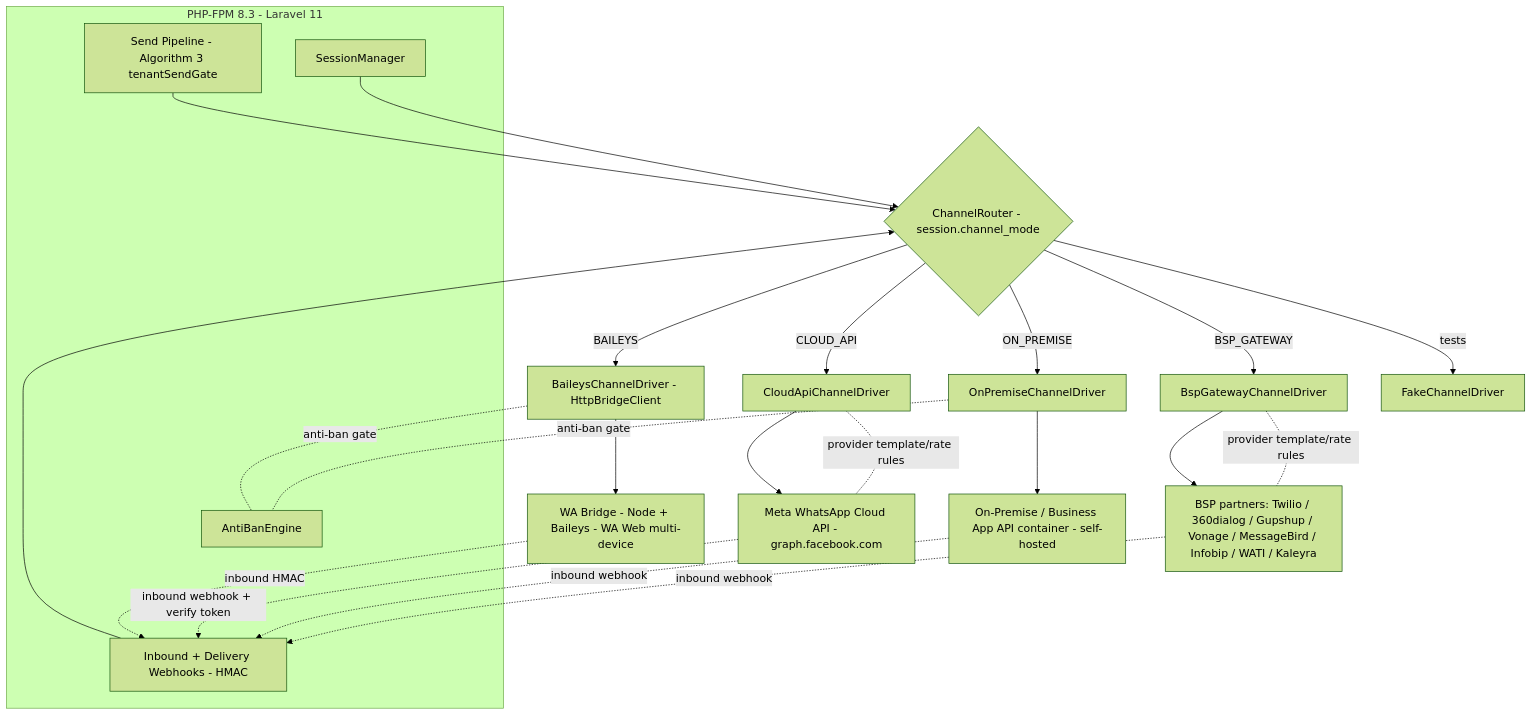
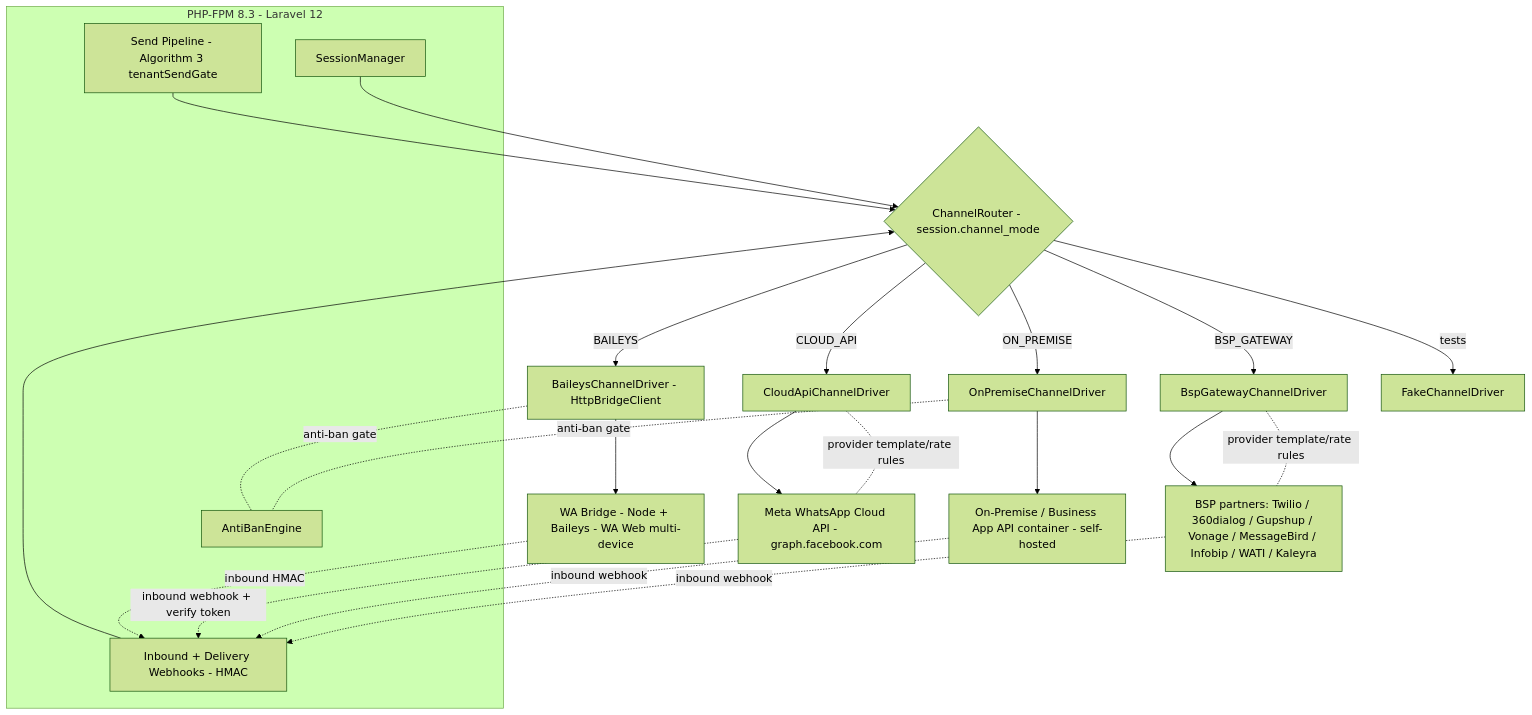
Before and after one commit to codeprimex-netizen/Bot: the ninth of 12 diagrams in .kiro/specs/whatsapp-chatbot-platform/design.md, drawn with Mermaid (forest theme). The commit also changed other lines of this file and 9 other files, not shown here.

````diff
--- a/.kiro/specs/whatsapp-chatbot-platform/design.md
+++ b/.kiro/specs/whatsapp-chatbot-platform/design.md
@@ -1967,29 +1967,29 @@
 ```mermaid
 graph TD
-    subgraph PHP[PHP-FPM 8.3 - Laravel 11]
+    subgraph PHP[PHP-FPM 8.3 - Laravel 12]
         SP[Send Pipeline - Algorithm 3 tenantSendGate]
         WH[Inbound + Delivery Webhooks - HMAC]
         SM[SessionManager]
         AB[AntiBanEngine]
     end
     SP --> RES{ChannelRouter - session.channel_mode}
     WH --> RES
     SM --> RES
     RES -->|BAILEYS| D1[BaileysChannelDriver - HttpBridgeClient]
     RES -->|CLOUD_API| D2[CloudApiChannelDriver]
     RES -->|ON_PREMISE| D3[OnPremiseChannelDriver]
     RES -->|BSP_GATEWAY| D4[BspGatewayChannelDriver]
     RES -->|tests| D5[FakeChannelDriver]
     D1 --> BR[WA Bridge - Node + Baileys - WA Web multi-device]
     D2 --> META[Meta WhatsApp Cloud API - graph.facebook.com]
     D3 --> ONP[On-Premise / Business App API container - self-hosted]
     D4 --> BSP[BSP partners: Twilio / 360dialog / Gupshup / Vonage / MessageBird / Infobip / WATI / Kaleyra]
     D1 -. anti-ban gate .- AB
     D3 -. anti-ban gate .- AB
     D2 -. provider template/rate rules .- META
     D4 -. provider template/rate rules .- BSP
     BR -. inbound HMAC .-> WH
     META -. inbound webhook + verify token .-> WH
     ONP -. inbound webhook .-> WH
     BSP -. inbound webhook .-> WH
 ```
````
